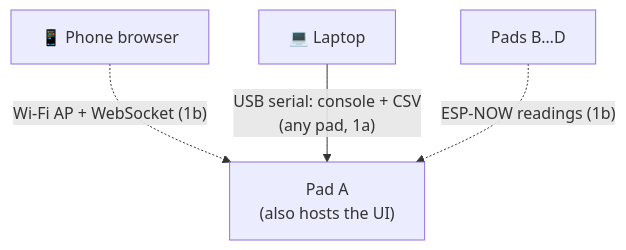
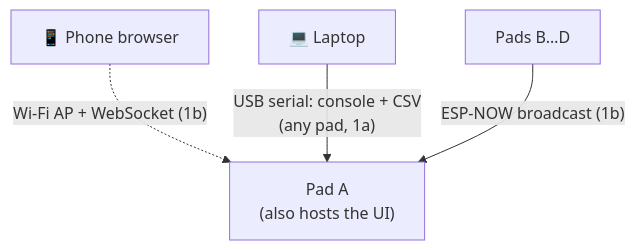
One commit to jaimebuildsthings/corner-balancer changed the first of 4 diagrams in docs/ARCHITECTURE.md. Above: the diagram before and after it, drawn with Mermaid. The commit also changed other lines of this file and 1 other file, not shown here.

Commit message:
docs: document the ESP-NOW link and two-pad commands

````diff
--- a/docs/ARCHITECTURE.md
+++ b/docs/ARCHITECTURE.md
@@ -11,10 +11,10 @@
 ```mermaid
 flowchart TB
     phone["📱 Phone browser"]
     laptop["💻 Laptop"]
     A["Pad A<br/>(also hosts the UI)"]
     B["Pads B…D"]
     phone -. "Wi-Fi AP + WebSocket (1b)" .-> A
     laptop -- "USB serial: console + CSV<br/>(any pad, 1a)" --> A
-    B -. "ESP-NOW readings (1b)" .-> A
+    B -- "ESP-NOW broadcast (1b)" --> A
 ```
````
